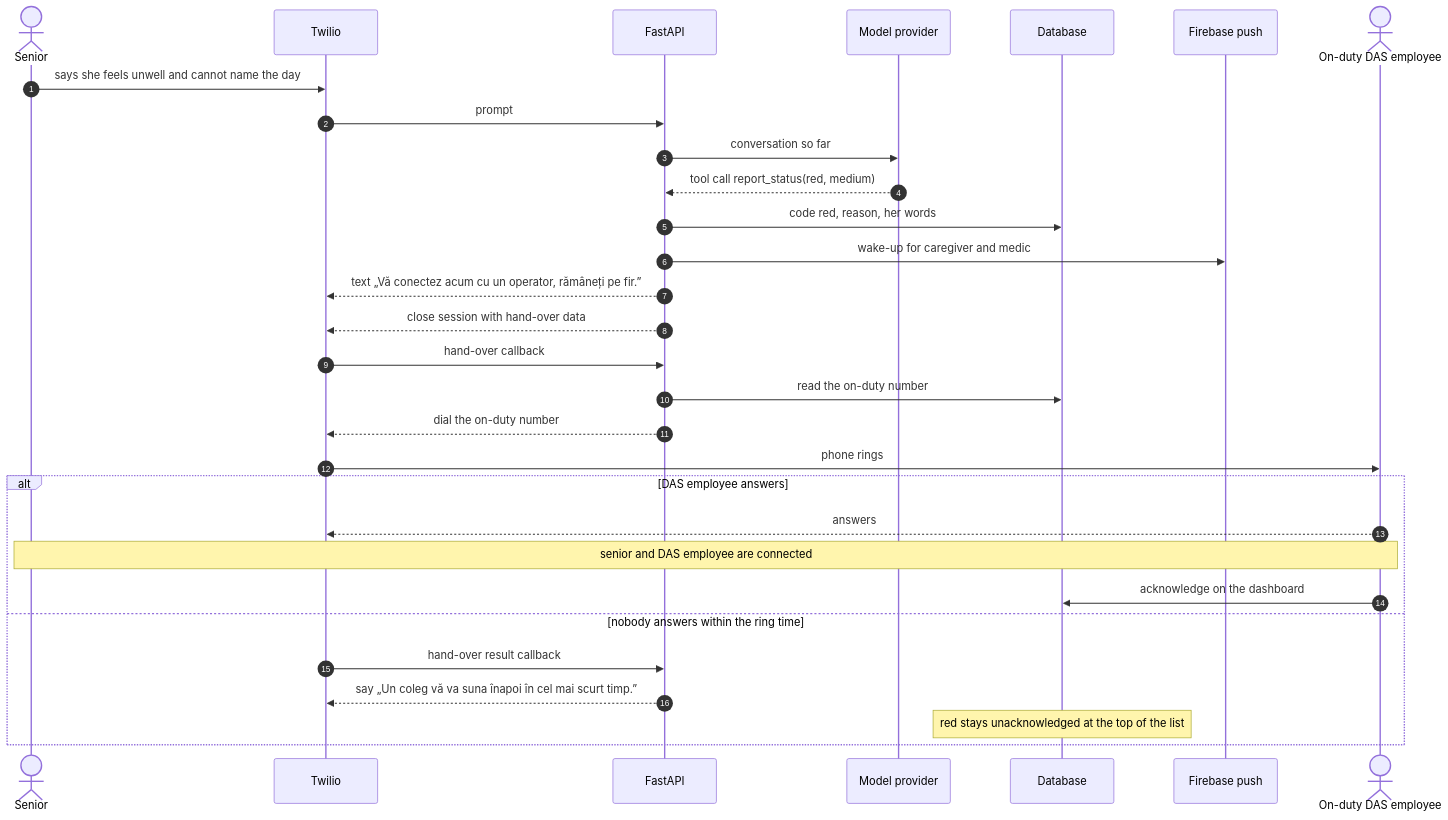
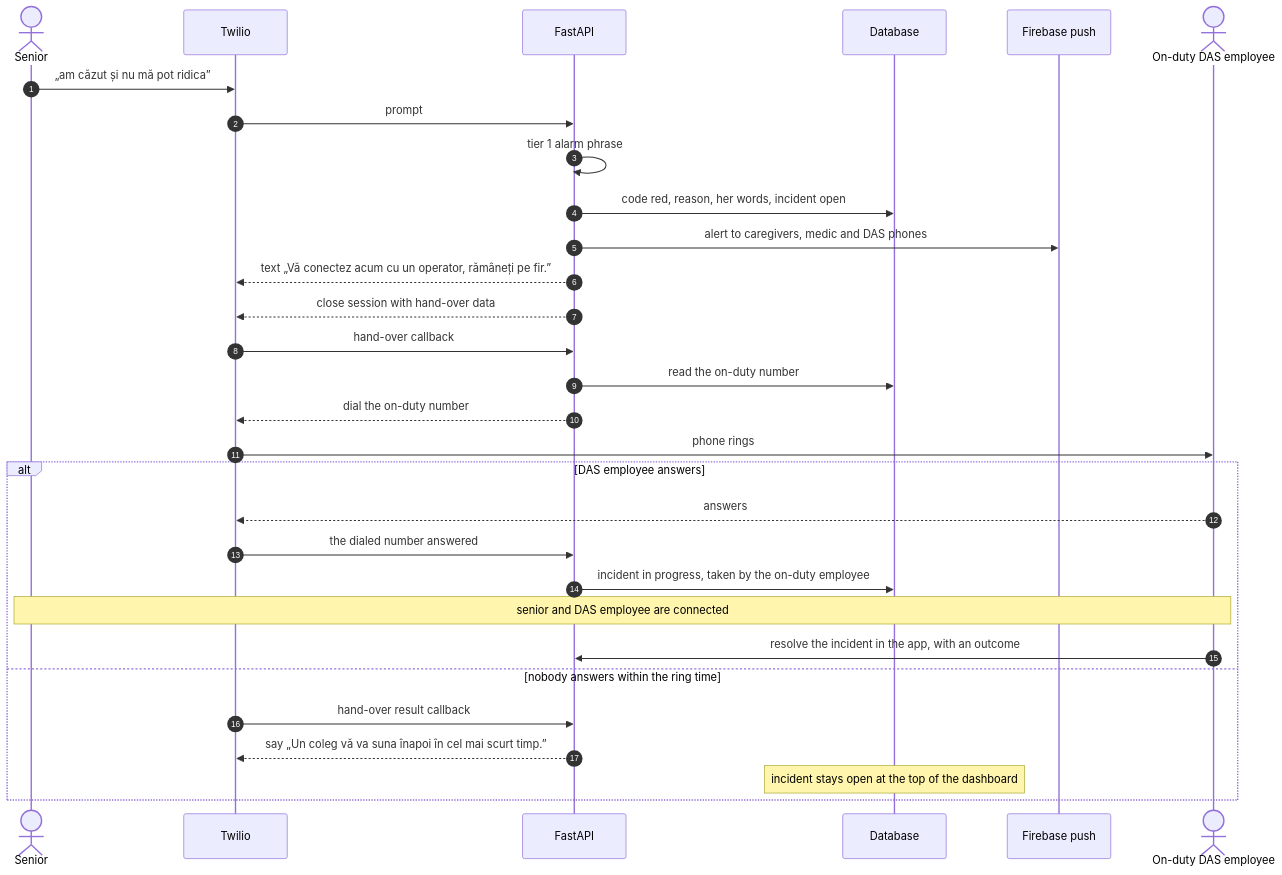
One commit to paulhondola/EchoCare changed the fourth of 7 diagrams in docs/specs/sentinela/02-use-cases.md. Above: the diagram before and after it, drawn with Mermaid. The commit also changed other lines of this file and 6 other files, not shown here.

First line of the commit message:
Revise Sentinela MVP architecture and rules

````diff
--- a/docs/specs/sentinela/02-use-cases.md
+++ b/docs/specs/sentinela/02-use-cases.md
@@ -295,33 +317,33 @@
 ```mermaid
 sequenceDiagram
     autonumber
     actor S as Senior
     participant T as Twilio
     participant F as FastAPI
-    participant L as Model provider
     participant DB as Database
     participant P as Firebase push
     actor O as On-duty DAS employee
 
-    S->>T: says she feels unwell and cannot name the day
+    S->>T: „am căzut și nu mă pot ridica”
     T->>F: prompt
-    F->>L: conversation so far
-    L-->>F: tool call report_status(red, medium)
-    F->>DB: code red, reason, her words
-    F->>P: wake-up for caregiver and medic
+    F->>F: tier 1 alarm phrase
+    F->>DB: code red, reason, her words, incident open
+    F->>P: alert to caregivers, medic and DAS phones
     F-->>T: text „Vă conectez acum cu un operator, rămâneți pe fir.”
     F-->>T: close session with hand-over data
     T->>F: hand-over callback
     F->>DB: read the on-duty number
     F-->>T: dial the on-duty number
     T->>O: phone rings
     alt DAS employee answers
         O-->>T: answers
+        T->>F: the dialed number answered
+        F->>DB: incident in progress, taken by the on-duty employee
         Note over S,O: senior and DAS employee are connected
-        O->>DB: acknowledge on the dashboard
+        O->>F: resolve the incident in the app, with an outcome
     else nobody answers within the ring time
         T->>F: hand-over result callback
         F-->>T: say „Un coleg vă va suna înapoi în cel mai scurt timp.”
-        Note over DB: red stays unacknowledged at the top of the list
+        Note over DB: incident stays open at the top of the dashboard
     end
 ```
````
